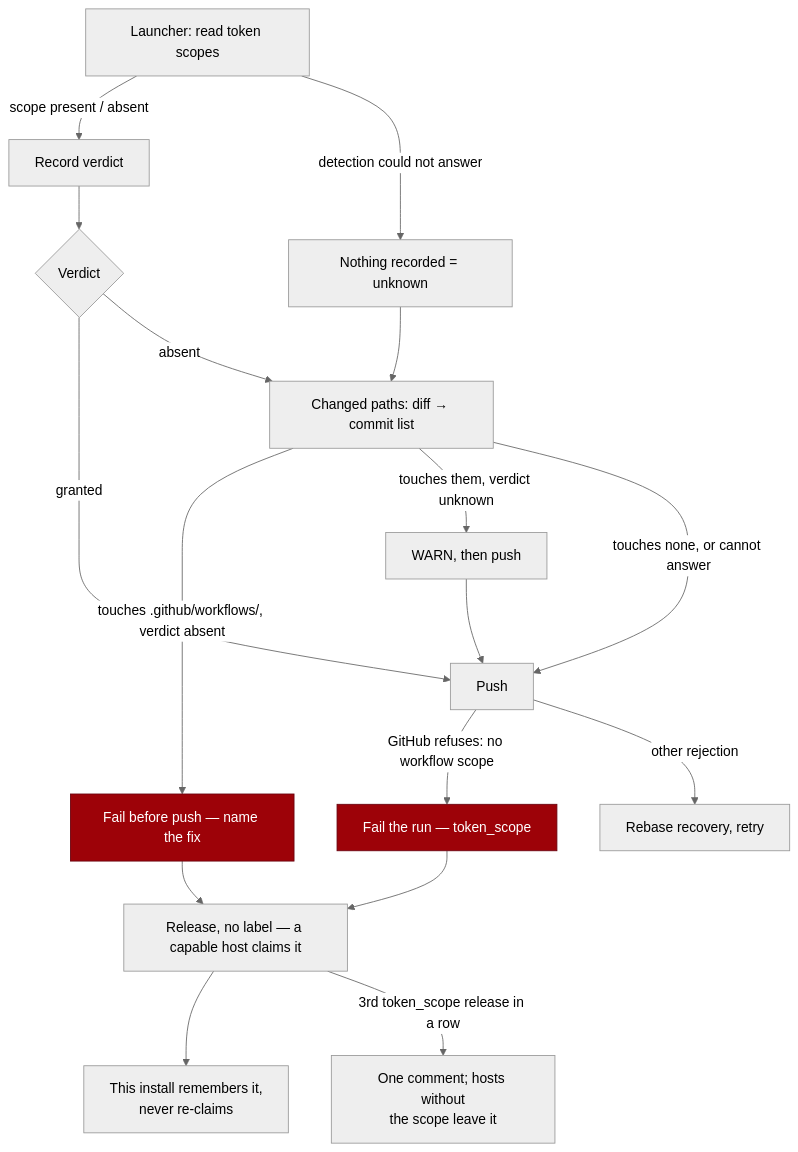
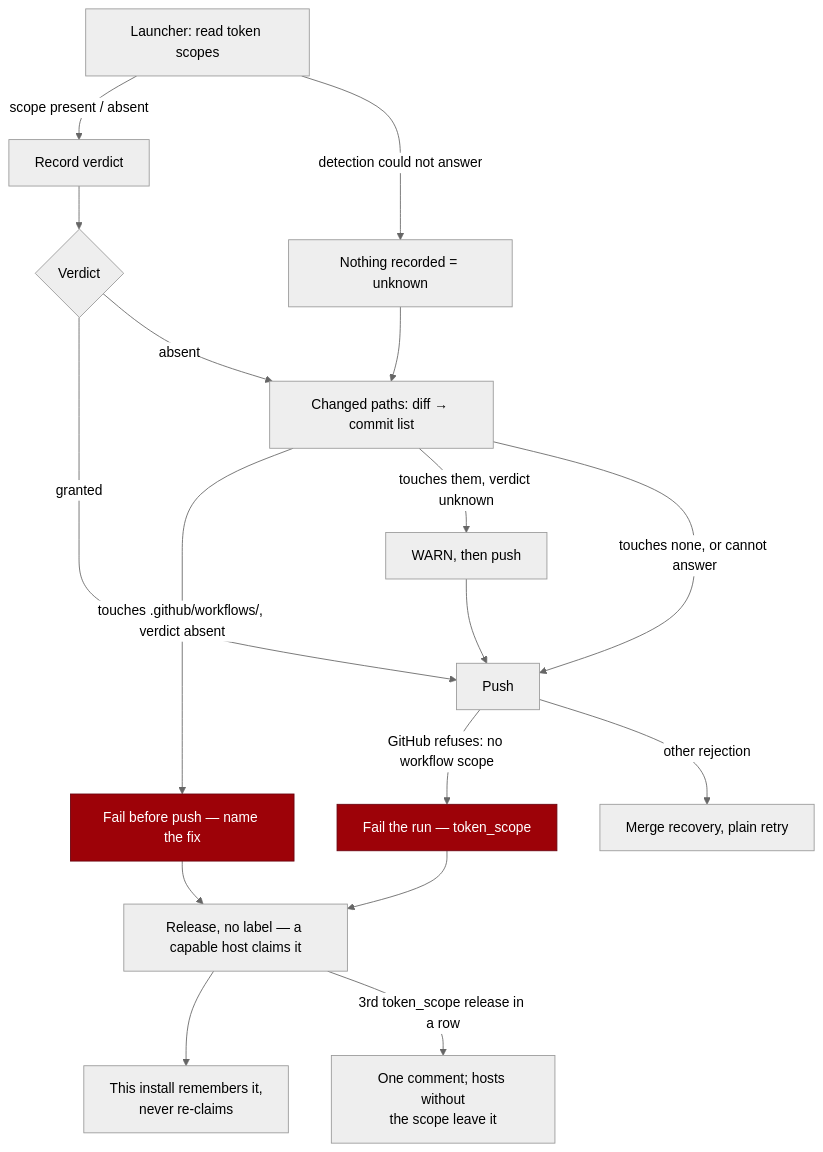
Before and after one commit to stSoftwareAU/VibeCoder: the second of 2 diagrams in docs/SETUP.md, drawn with Mermaid (neutral theme). The commit also changed other lines of this file and 10 other files, not shown here.

First line of the commit message:
Push recovery: merge the remote and push plainly, never force (#2808)

````diff
--- a/docs/SETUP.md
+++ b/docs/SETUP.md
@@ -1536,20 +1536,20 @@
 ```mermaid
 flowchart TD
     S["Launcher: read token scopes"] -->|scope present / absent| R["Record verdict"]
     S -->|detection could not answer| U["Nothing recorded = unknown"]
     R --> C{"Verdict"}
     U --> D
     C -->|granted| P["Push"]
     C -->|absent| D["Changed paths: diff → commit list"]
     D -->|touches .github/workflows/, verdict absent| F["Fail before push — name the fix"]
     D -->|touches them, verdict unknown| WARN["WARN, then push"] --> P
     D -->|touches none, or cannot answer| P
     P -->|GitHub refuses: no workflow scope| F2["Fail the run — token_scope"]
     F --> REL["Release, no label — a capable host claims it"]
     F2 --> REL
     REL --> MEM["This install remembers it,<br/>never re-claims"]
     REL -->|3rd token_scope release in a row| PARK["One comment; hosts without<br/>the scope leave it"]
-    P -->|other rejection| RC["Rebase recovery, retry"]
+    P -->|other rejection| RC["Merge recovery, plain retry"]
     style F fill:#9d0208,stroke:#6a040f,color:#fff
     style F2 fill:#9d0208,stroke:#6a040f,color:#fff
 ```
````
